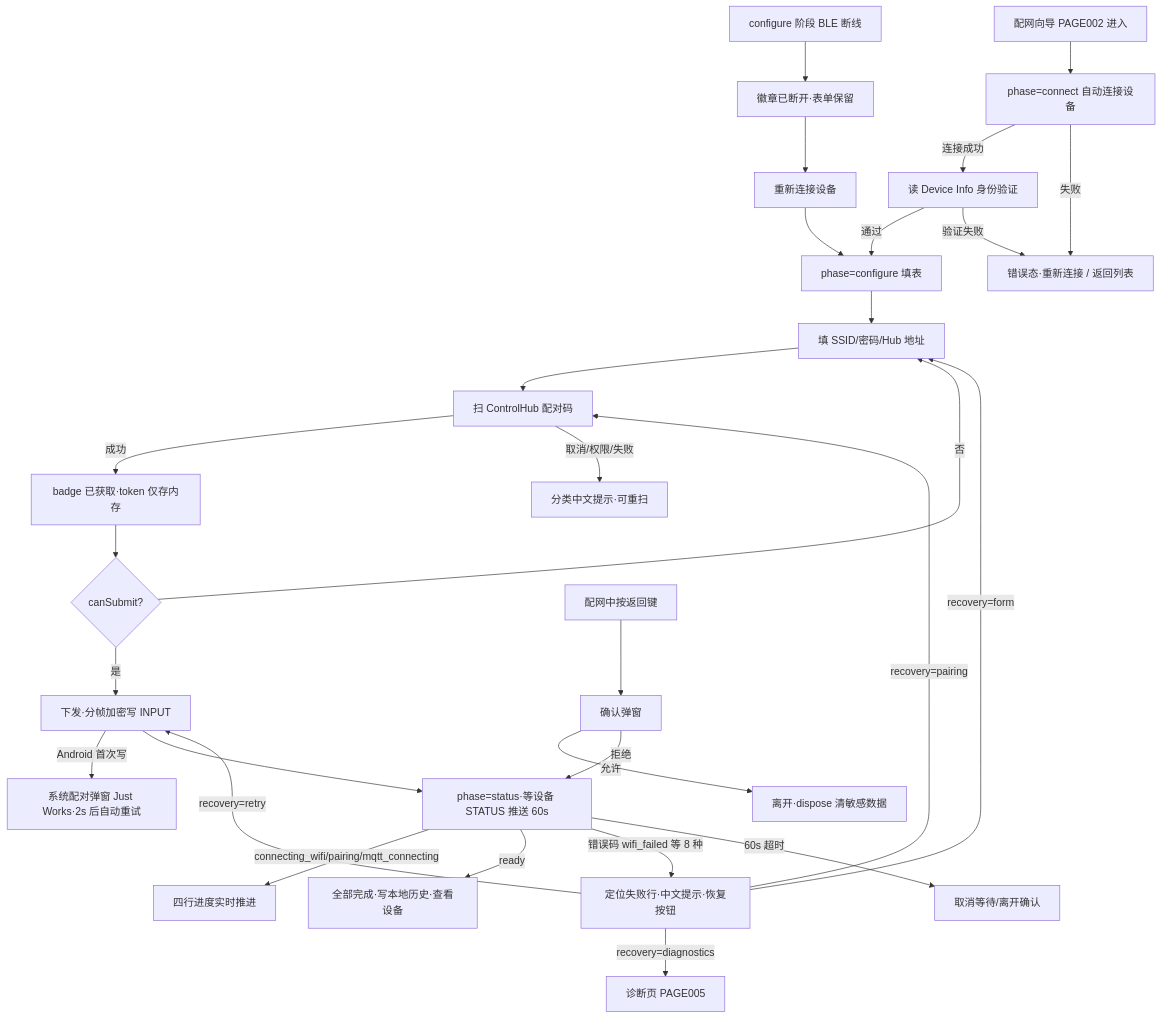
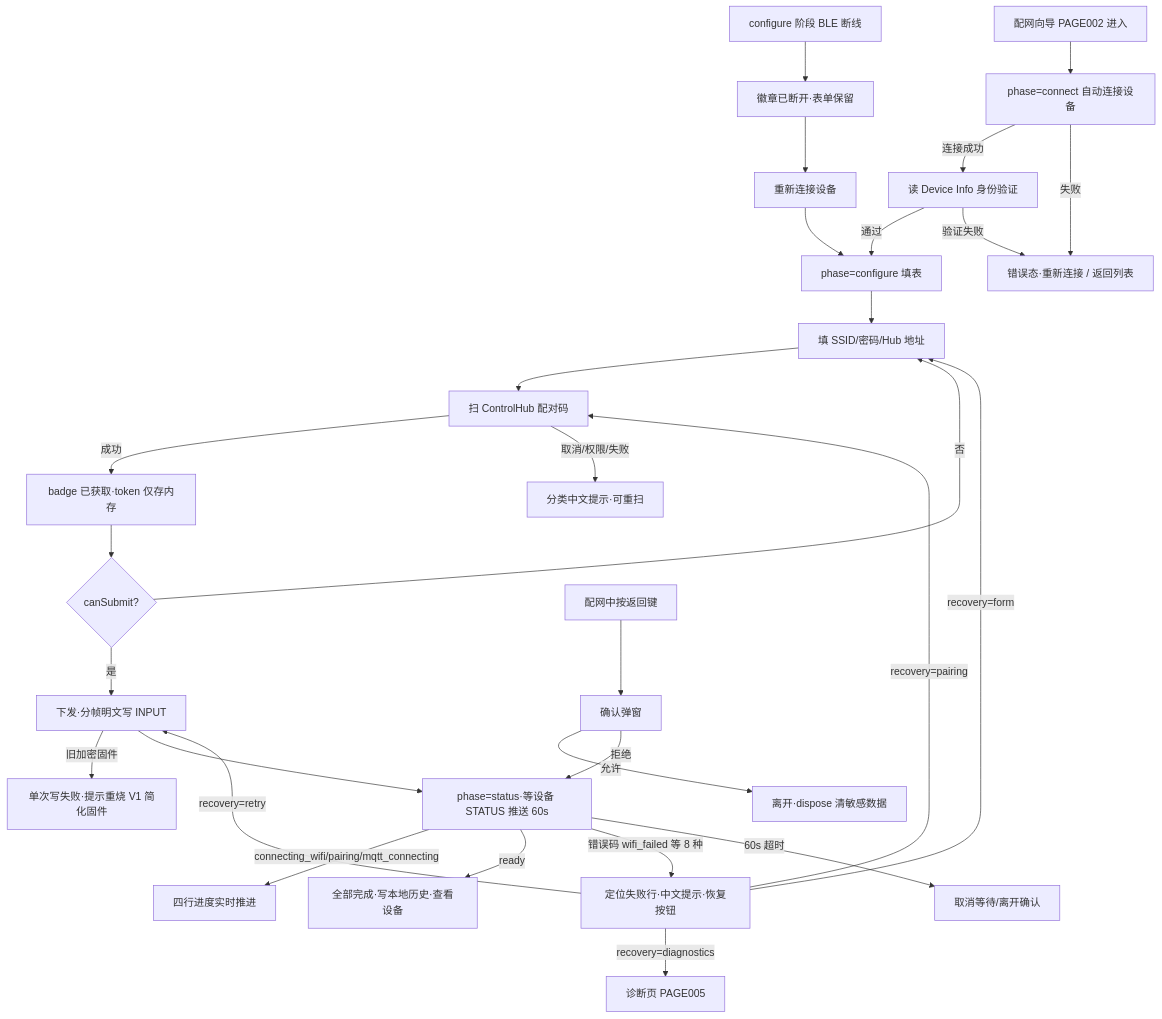
The second of 6 diagrams in docs/specs/01_reverse/REVERSE_ANALYSIS.md (LuoYaoSheng/smart-ble), drawn with Mermaid before and after one commit. The commit also changed other lines of this file and 51 other files, not shown here.

````diff
--- a/docs/specs/01_reverse/REVERSE_ANALYSIS.md
+++ b/docs/specs/01_reverse/REVERSE_ANALYSIS.md
@@ -475,26 +475,26 @@
 ```mermaid
 flowchart TD
     S0[配网向导 PAGE002 进入] --> S1[phase=connect 自动连接设备]
     S1 -- 连接成功 --> S1a[读 Device Info 身份验证] -- 通过 --> S2[phase=configure 填表]
     S1 -- 失败 --> E1[错误态·重新连接 / 返回列表]
     S1a -- 验证失败 --> E1
     S2 --> S2a[填 SSID/密码/Hub 地址]
     S2a --> S2b[扫 ControlHub 配对码] -- 成功 --> S2c[badge 已获取·token 仅存内存]
     S2b -- 取消/权限/失败 --> E2[分类中文提示·可重扫]
     S2c --> S3{canSubmit?}
     S3 -- 否 --> S2a
-    S3 -- 是 --> S4[下发·分帧加密写 INPUT]
-    S4 -- Android 首次写 --> E3[系统配对弹窗 Just Works·2s 后自动重试]
+    S3 -- 是 --> S4[下发·分帧明文写 INPUT]
+    S4 -- 旧加密固件 --> E3[单次写失败·提示重烧 V1 简化固件]
     S4 --> S5[phase=status·等设备 STATUS 推送 60s]
     S5 -- connecting_wifi/pairing/mqtt_connecting --> S6[四行进度实时推进]
     S5 -- ready --> S7[全部完成·写本地历史·查看设备]
     S5 -- 错误码 wifi_failed 等 8 种 --> E4[定位失败行·中文提示·恢复按钮]
     E4 -- recovery=form --> S2a
     E4 -- recovery=pairing --> S2b
     E4 -- recovery=diagnostics --> E5[诊断页 PAGE005]
     E4 -- recovery=retry --> S4
     S5 -- 60s 超时 --> E6[取消等待/离开确认]
     B1[配网中按返回键] --> B2[确认弹窗] -- 允许 --> B3[离开·dispose 清敏感数据]
     B2 -- 拒绝 --> S5
     D1[configure 阶段 BLE 断线] --> D2[徽章已断开·表单保留] --> D3[重新连接设备] --> S2
 ```
````
